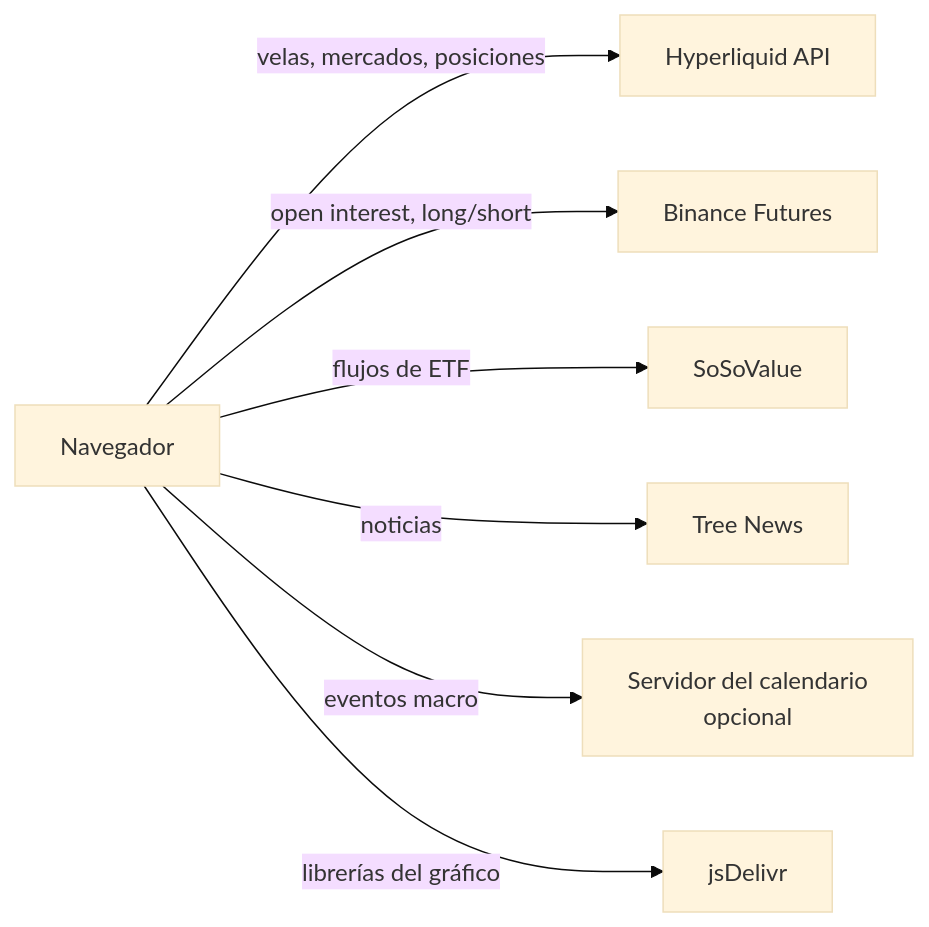
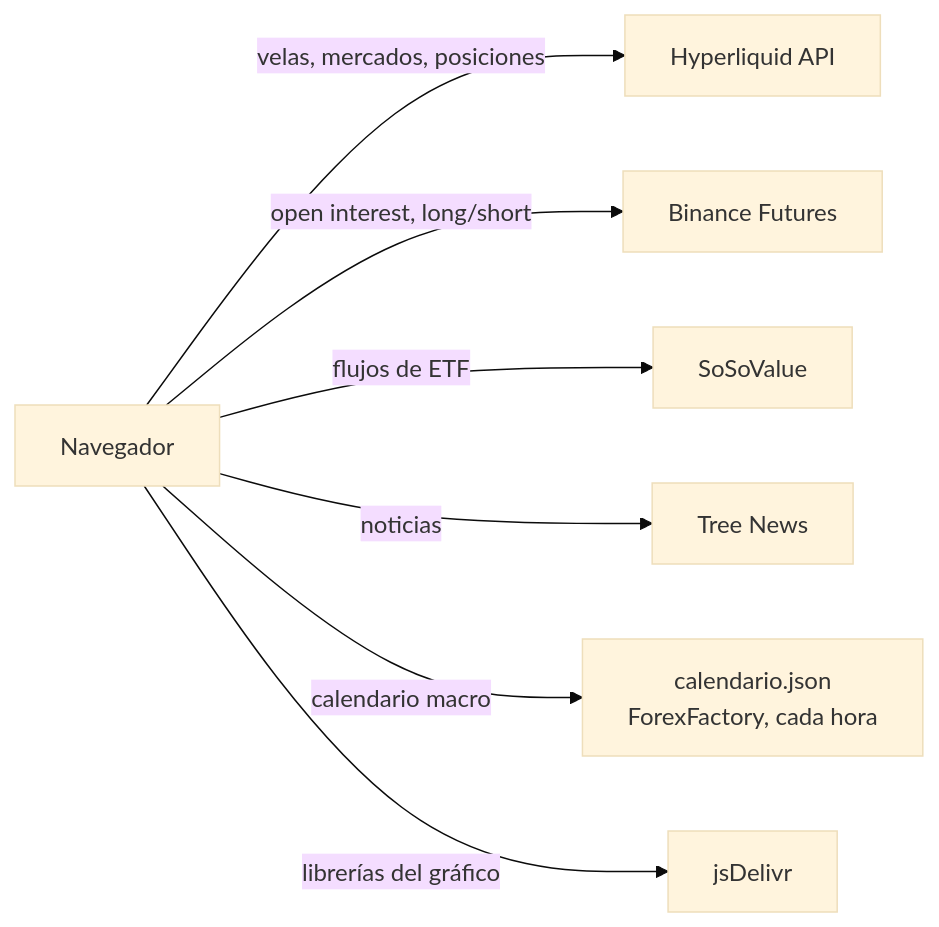
The diagram in docs/como-funciona/arquitectura.md (camilolwi-oss/bull-army-terminal), drawn with Mermaid (base theme) before and after one commit. The commit also changed 17 other files, not shown here.

First line of the commit message:
Noticias gratis sin key y calendario macro sin servidor propio

````diff
--- a/docs/como-funciona/arquitectura.md
+++ b/docs/como-funciona/arquitectura.md
@@ -7,9 +7,9 @@
 ```mermaid
 flowchart LR
     U[Navegador] -->|velas, mercados, posiciones| HL[Hyperliquid API]
     U -->|open interest, long/short| BN[Binance Futures]
     U -->|flujos de ETF| SV[SoSoValue]
     U -->|noticias| TN[Tree News]
-    U -->|eventos macro| CAL[Servidor del calendario<br/>opcional]
+    U -->|calendario macro| CAL[calendario.json<br/>ForexFactory, cada hora]
     U -->|librerías del gráfico| CDN[jsDelivr]
 ```
````
